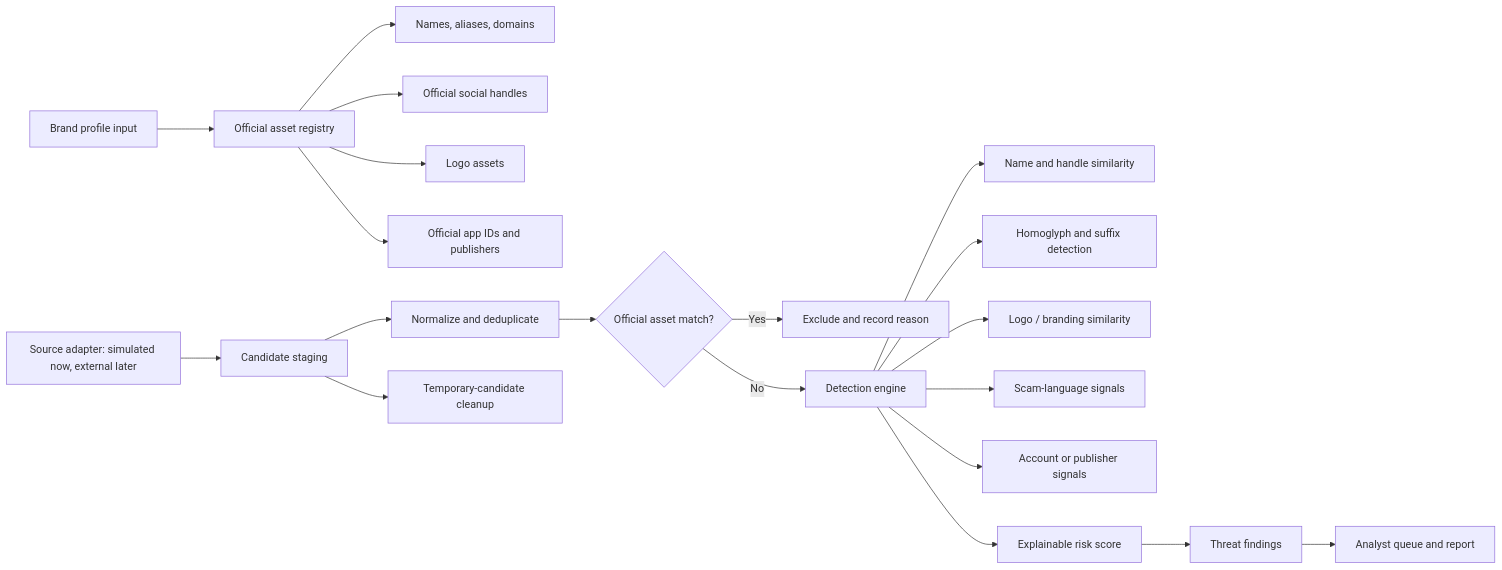
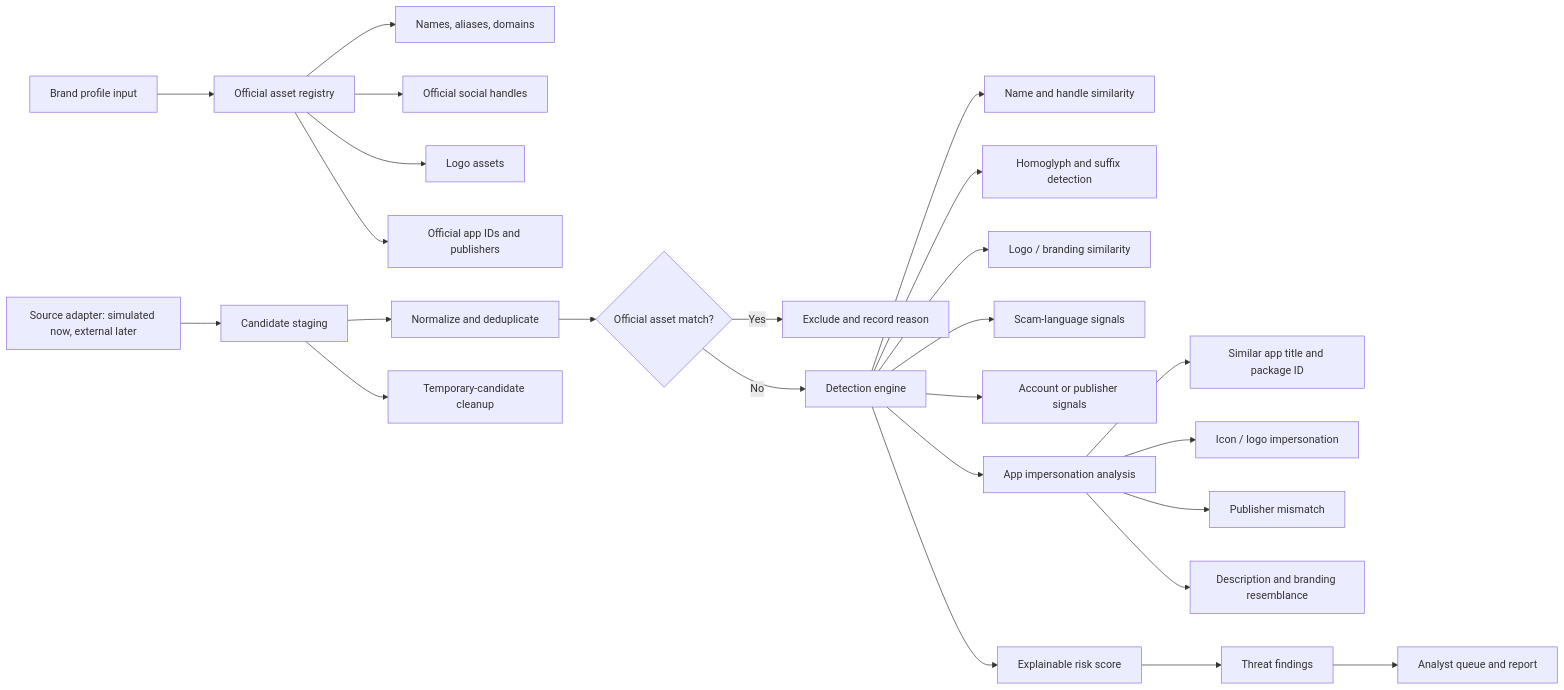
Before and after one commit to Prashantm951/cosedion-10: the diagram in PROJECT_CONTEXT.md, drawn with Mermaid. The commit also changed other lines of this file and 1 other file, not shown here.

Commit message:
docs: document suspicious app analysis architecture

````diff
--- a/PROJECT_CONTEXT.md
+++ b/PROJECT_CONTEXT.md
@@ -21,23 +21,28 @@
 ```mermaid
 flowchart LR
   A[Brand profile input] --> B[Official asset registry]
   B --> B1[Names, aliases, domains]
   B --> B2[Official social handles]
   B --> B3[Logo assets]
   B --> B4[Official app IDs and publishers]
 
   C[Source adapter: simulated now, external later] --> D[Candidate staging]
   D --> E[Normalize and deduplicate]
   E --> F{Official asset match?}
   F -- Yes --> G[Exclude and record reason]
   F -- No --> H[Detection engine]
   H --> H1[Name and handle similarity]
   H --> H2[Homoglyph and suffix detection]
   H --> H3[Logo / branding similarity]
   H --> H4[Scam-language signals]
   H --> H5[Account or publisher signals]
+  H --> H6[App impersonation analysis]
+  H6 --> H6A[Similar app title and package ID]
+  H6 --> H6B[Icon / logo impersonation]
+  H6 --> H6C[Publisher mismatch]
+  H6 --> H6D[Description and branding resemblance]
   H --> I[Explainable risk score]
   I --> J[Threat findings]
   J --> K[Analyst queue and report]
   D --> L[Temporary-candidate cleanup]
 ```
````
